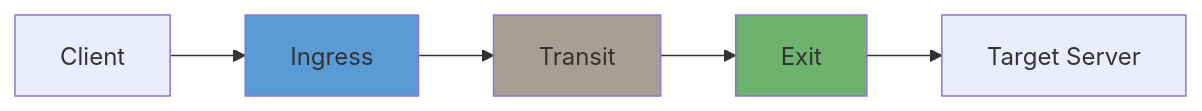
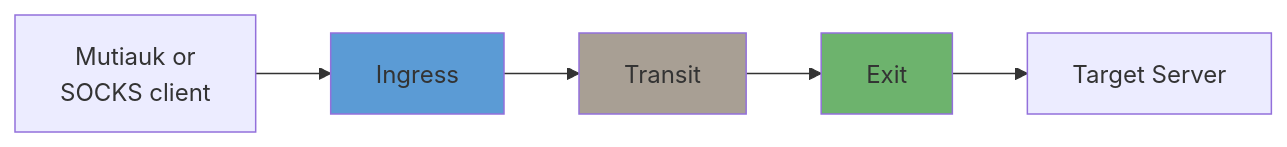
Before and after one commit to Muti-Metroo/Muti-Metroo: the first of 2 diagrams in user-manual/src/07-agent-roles.md, drawn with Mermaid. The commit also changed other lines of this file and 36 other files, not shown here.

````diff
--- a/user-manual/src/07-agent-roles.md
+++ b/user-manual/src/07-agent-roles.md
@@ -13,11 +13,11 @@
 ```mermaid
 flowchart LR
-    Client[Client] --> Ingress
+    Client[Mutiauk or<br/>SOCKS client] --> Ingress
     Ingress --> Transit
     Transit --> Exit
     Exit --> Target[Target Server]
 
     style Ingress fill:#5b9bd5
     style Transit fill:#a89f94
     style Exit fill:#6db36d
 ```
````
